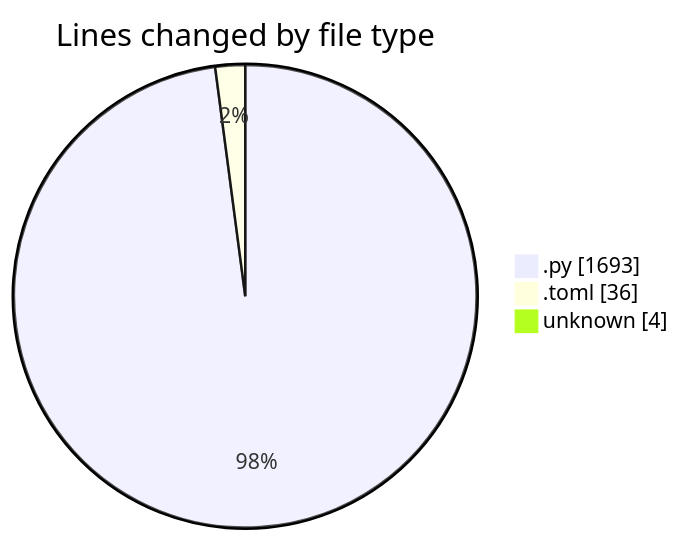
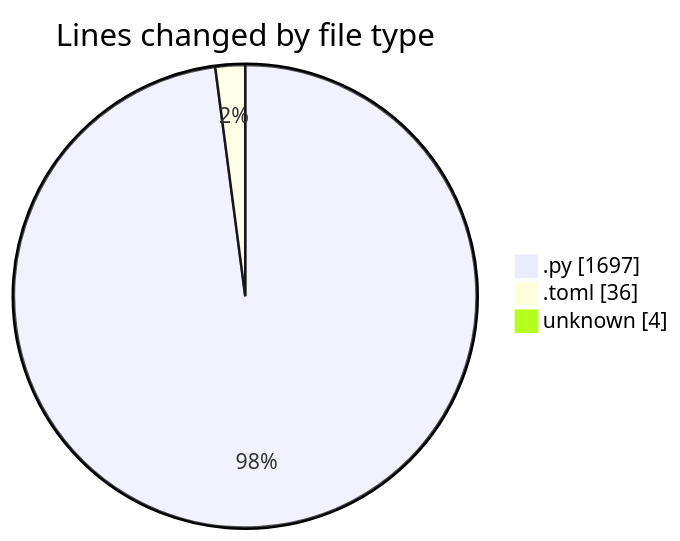
The first of 2 diagrams in 2025-11-20/eventscop-api-guide__workspace_/README.md (julien-gomy/code-tracking), drawn with Mermaid before and after one commit. The commit also changed other lines of this file and 1 other file, not shown here.

````diff
--- a/2025-11-20/eventscop-api-guide__workspace_/README.md
+++ b/2025-11-20/eventscop-api-guide__workspace_/README.md
@@ -31,7 +31,7 @@
 ```mermaid
 pie showData
 title Lines changed by file type
-".py" : 1693
+".py" : 1697
 ".toml" : 36
 "unknown" : 4
 ```
````
